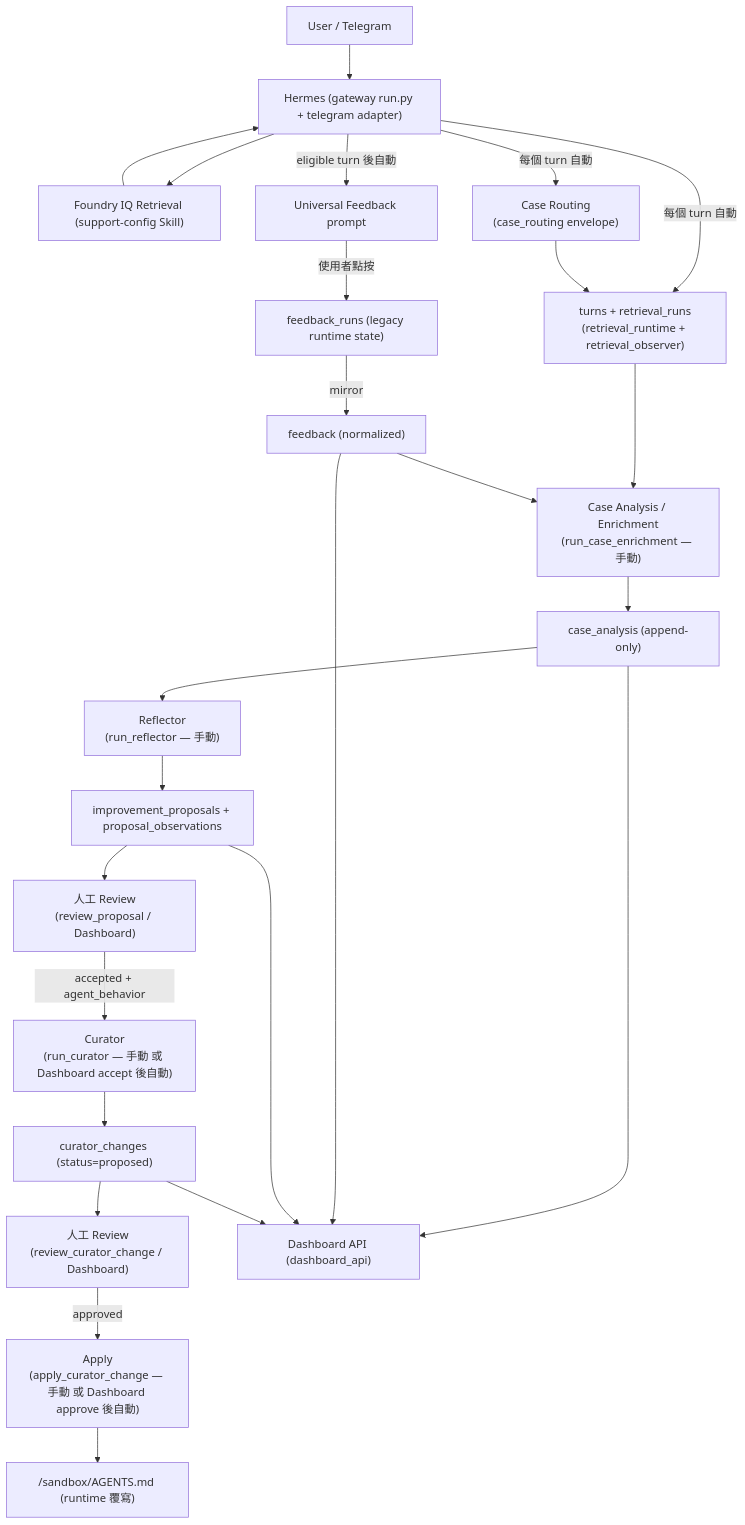
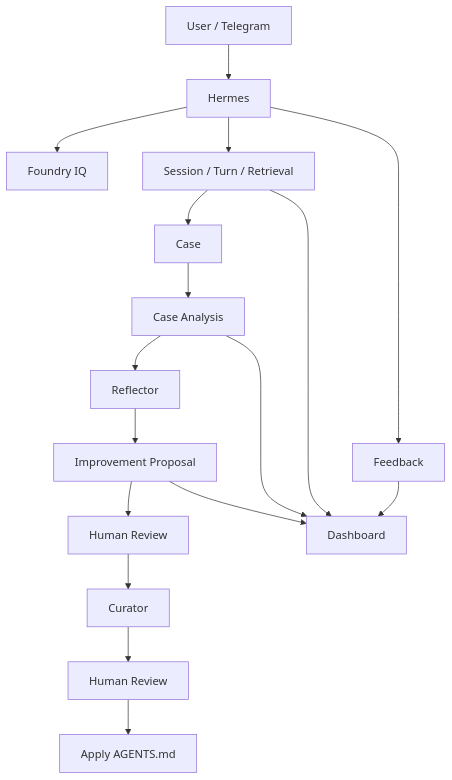
One commit to LinZKai/advantech-hermes-feedback changed the diagram in README.md. Above: the diagram before and after it, drawn with Mermaid. The commit also changed other lines of this file, not shown here.

````diff
--- a/README.md
+++ b/README.md
@@ -48,30 +45,23 @@
 ```mermaid
 flowchart TD
-    U["User / Telegram"] --> H["Hermes (gateway run.py + telegram adapter)"]
-    H --> R["Foundry IQ Retrieval (support-config Skill)"]
-    R --> H
-    H -->|"每個 turn 自動"| T["turns + retrieval_runs<br/>(retrieval_runtime + retrieval_observer)"]
-    H -->|"每個 turn 自動"| CR["Case Routing<br/>(case_routing envelope)"]
-    CR --> T
-    H -->|"eligible turn 後自動"| FB["Universal Feedback prompt"]
-    FB -->|"使用者點按"| FR["feedback_runs (legacy runtime state)"]
-    FR -->|"mirror"| FV["feedback (normalized)"]
+    U[User / Telegram] --> H[Hermes]
+    H --> F[Foundry IQ]
+    H --> T[Session / Turn / Retrieval]
+    H --> FB[Feedback]
 
-    T --> CE["Case Analysis / Enrichment<br/>(run_case_enrichment — 手動)"]
-    FV --> CE
-    CE --> CA["case_analysis (append-only)"]
+    T --> C[Case]
+    C --> CA[Case Analysis]
 
-    CA --> RF["Reflector<br/>(run_reflector — 手動)"]
-    RF --> IP["improvement_proposals + proposal_observations"]
-    IP --> HR1["人工 Review<br/>(review_proposal / Dashboard)"]
-    HR1 -->|"accepted + agent_behavior"| CU["Curator<br/>(run_curator — 手動 或 Dashboard accept 後自動)"]
-    CU --> CC["curator_changes (status=proposed)"]
-    CC --> HR2["人工 Review<br/>(review_curator_change / Dashboard)"]
-    HR2 -->|"approved"| AP["Apply<br/>(apply_curator_change — 手動 或 Dashboard approve 後自動)"]
-    AP --> AG["/sandbox/AGENTS.md (runtime 覆寫)"]
+    CA --> R[Reflector]
+    R --> P[Improvement Proposal]
+    P --> HR1[Human Review]
 
-    CA --> DB["Dashboard API (dashboard_api)"]
-    FV --> DB
-    IP --> DB
-    CC --> DB
+    HR1 --> CU[Curator]
+    CU --> HR2[Human Review]
+    HR2 --> A[Apply AGENTS.md]
+
+    T --> D[Dashboard]
+    FB --> D
+    CA --> D
+    P --> D
 ```
````
